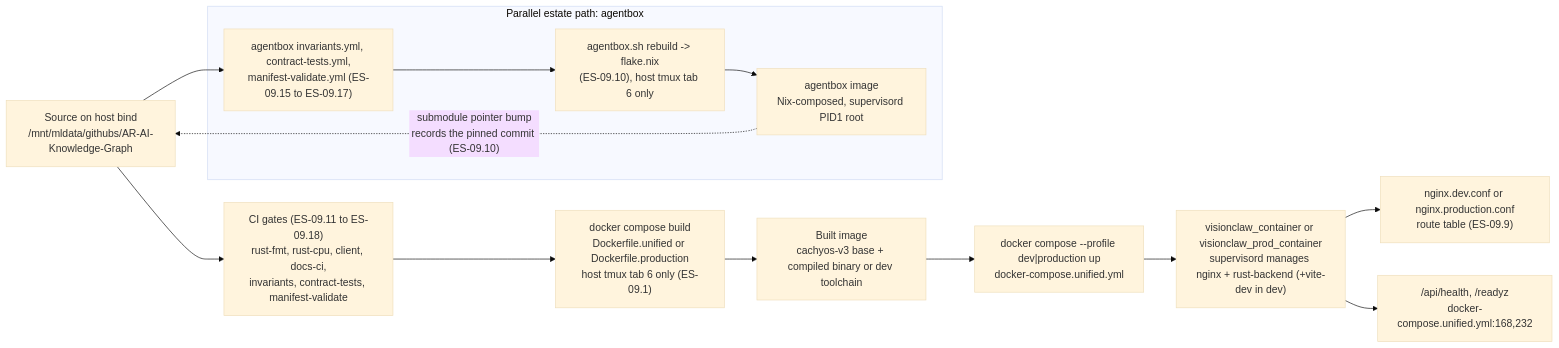
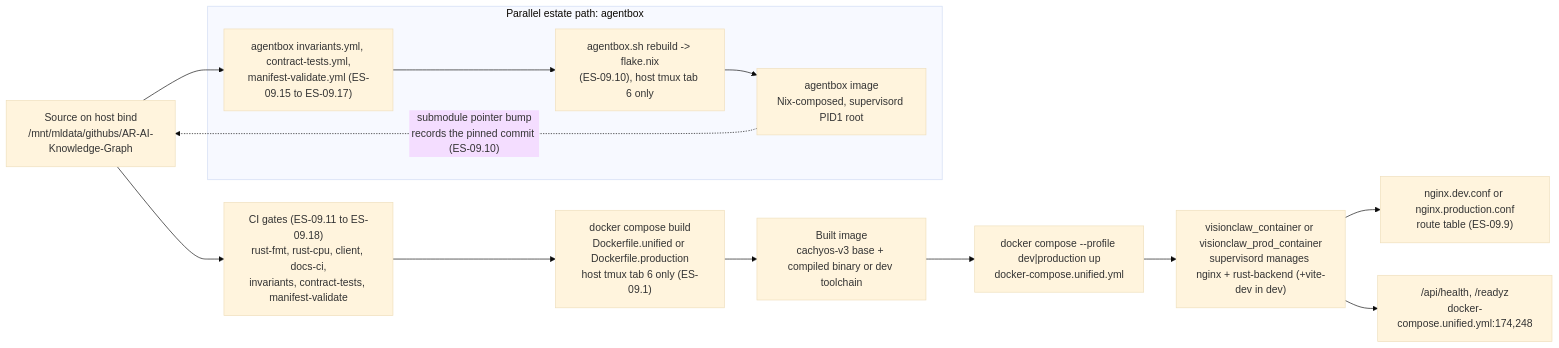
Diagram 19 of 23 in docs/diagrams/estate/09-build-deploy-and-ci-estate.md (DreamLab-AI/VisionFlow), drawn with Mermaid (base theme) before and after one commit. The commit also changed other lines of this file and 12 other files, not shown here.

````diff
--- a/docs/diagrams/estate/09-build-deploy-and-ci-estate.md
+++ b/docs/diagrams/estate/09-build-deploy-and-ci-estate.md
@@ -603,27 +603,27 @@
 ```mermaid
 flowchart LR
     SRC["Source on host bind<br/>/mnt/mldata/githubs/AR-AI-Knowledge-Graph"]
     CIGATE["CI gates (ES-09.11 to ES-09.18)<br/>rust-fmt, rust-cpu, client, docs-ci,<br/>invariants, contract-tests, manifest-validate"]
     DOCKERBUILD["docker compose build<br/>Dockerfile.unified or Dockerfile.production<br/>host tmux tab 6 only (ES-09.1)"]
     IMAGE["Built image<br/>cachyos-v3 base + compiled binary or dev toolchain"]
     COMPOSEUP["docker compose --profile dev|production up<br/>docker-compose.unified.yml"]
     CONTAINER["visionclaw_container or visionclaw_prod_container<br/>supervisord manages nginx + rust-backend (+vite-dev in dev)"]
     NGINXROUTE["nginx.dev.conf or nginx.production.conf<br/>route table (ES-09.9)"]
-    HEALTH["/api/health, /readyz<br/>docker-compose.unified.yml:168,232"]
+    HEALTH["/api/health, /readyz<br/>docker-compose.unified.yml:174,248"]
 
     SRC --> CIGATE
     CIGATE --> DOCKERBUILD
     DOCKERBUILD --> IMAGE
     IMAGE --> COMPOSEUP
     COMPOSEUP --> CONTAINER
     CONTAINER --> NGINXROUTE
     CONTAINER --> HEALTH
 
     subgraph AGENTBOXPARALLEL["Parallel estate path: agentbox"]
         ABGATE["agentbox invariants.yml, contract-tests.yml,<br/>manifest-validate.yml (ES-09.15 to ES-09.17)"]
         ABFLAKE["agentbox.sh rebuild -> flake.nix<br/>(ES-09.10), host tmux tab 6 only"]
         ABIMAGE["agentbox image<br/>Nix-composed, supervisord PID1 root"]
     end
     SRC --> ABGATE --> ABFLAKE --> ABIMAGE
     ABIMAGE -.->|"submodule pointer bump<br/>records the pinned commit (ES-09.10)"| SRC
 ```
````
